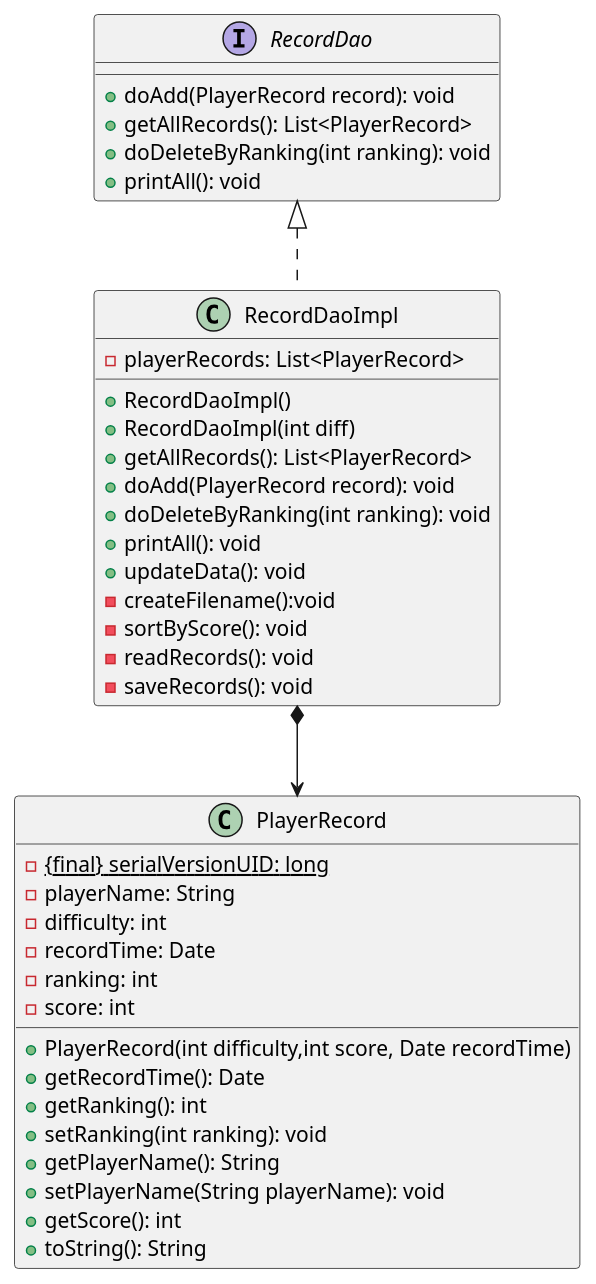
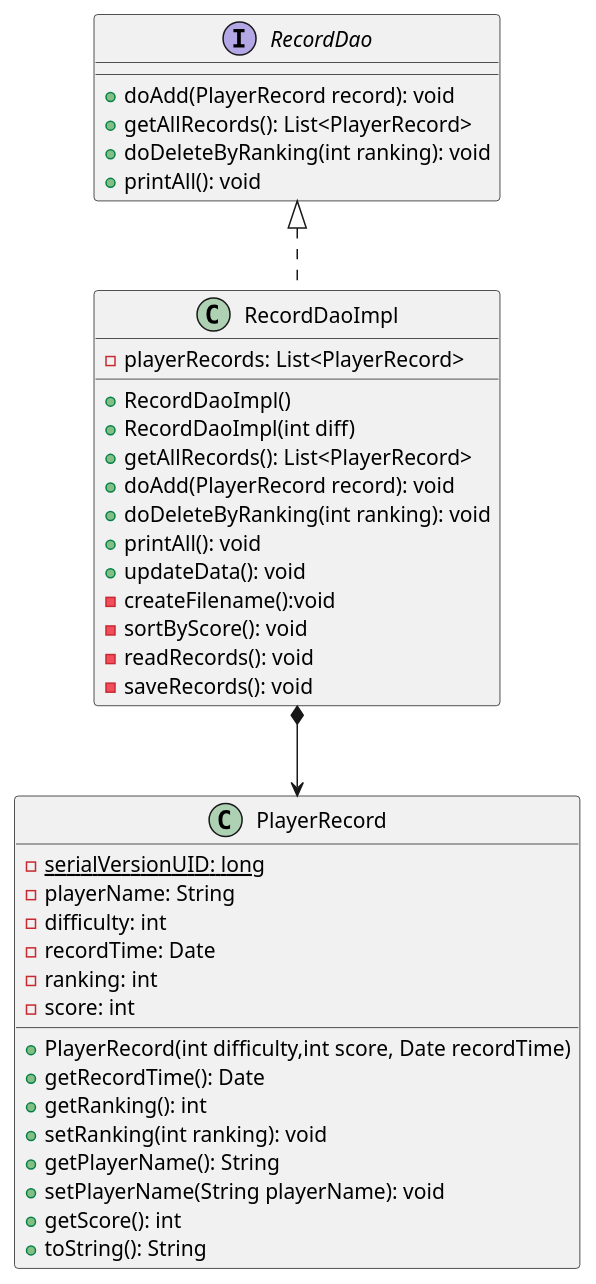
The diagram in uml/exp4-数据访问对象模式.puml (jirange/aircraft-war), drawn with PlantUML before and after one commit. The commit also changed 30 other files, not shown here.

```diff
--- a/uml/exp4-数据访问对象模式.puml
+++ b/uml/exp4-数据访问对象模式.puml
@@ -1,44 +1,44 @@
 @startuml
 'https://plantuml.com/sequence-diagram
 
 class PlayerRecord {
-    - {static} {final} serialVersionUID: long
+    - {static}serialVersionUID: long
     - playerName: String
     - difficulty: int
     - recordTime: Date
     - ranking: int
     - score: int
     + PlayerRecord(int difficulty,int score, Date recordTime)
     + getRecordTime(): Date
     + getRanking(): int
     + setRanking(int ranking): void
     + getPlayerName(): String
     + setPlayerName(String playerName): void
     + getScore(): int
     + toString(): String
 }
 interface RecordDao {
     + doAdd(PlayerRecord record): void
     + getAllRecords(): List<PlayerRecord>
     + doDeleteByRanking(int ranking): void
     + printAll(): void
 }
 class RecordDaoImpl {
     - playerRecords: List<PlayerRecord>
     + RecordDaoImpl()
     + RecordDaoImpl(int diff)
     + getAllRecords(): List<PlayerRecord>
     + doAdd(PlayerRecord record): void
     + doDeleteByRanking(int ranking): void
     + printAll(): void
     + updateData(): void
     - createFilename():void
     - sortByScore(): void
     - readRecords(): void
     - saveRecords(): void
 }
 
 RecordDaoImpl  *-->  PlayerRecord
 RecordDao  <|.. RecordDaoImpl
 
 @enduml
```
